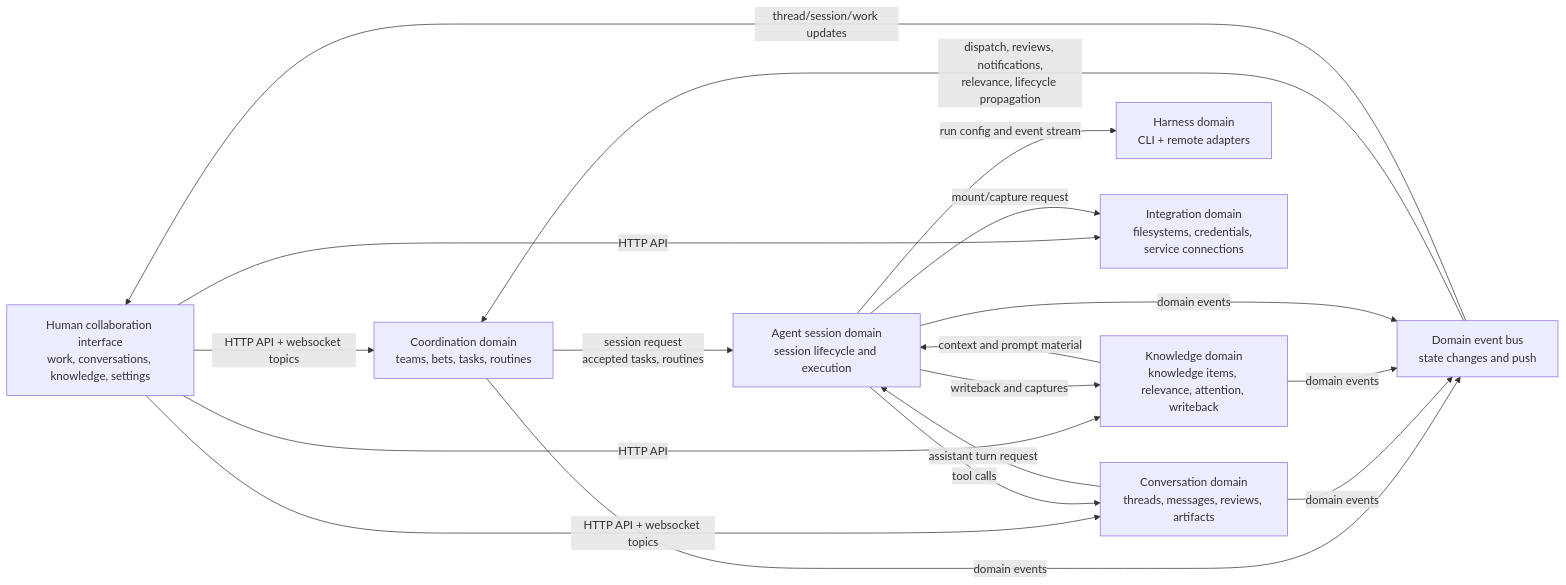
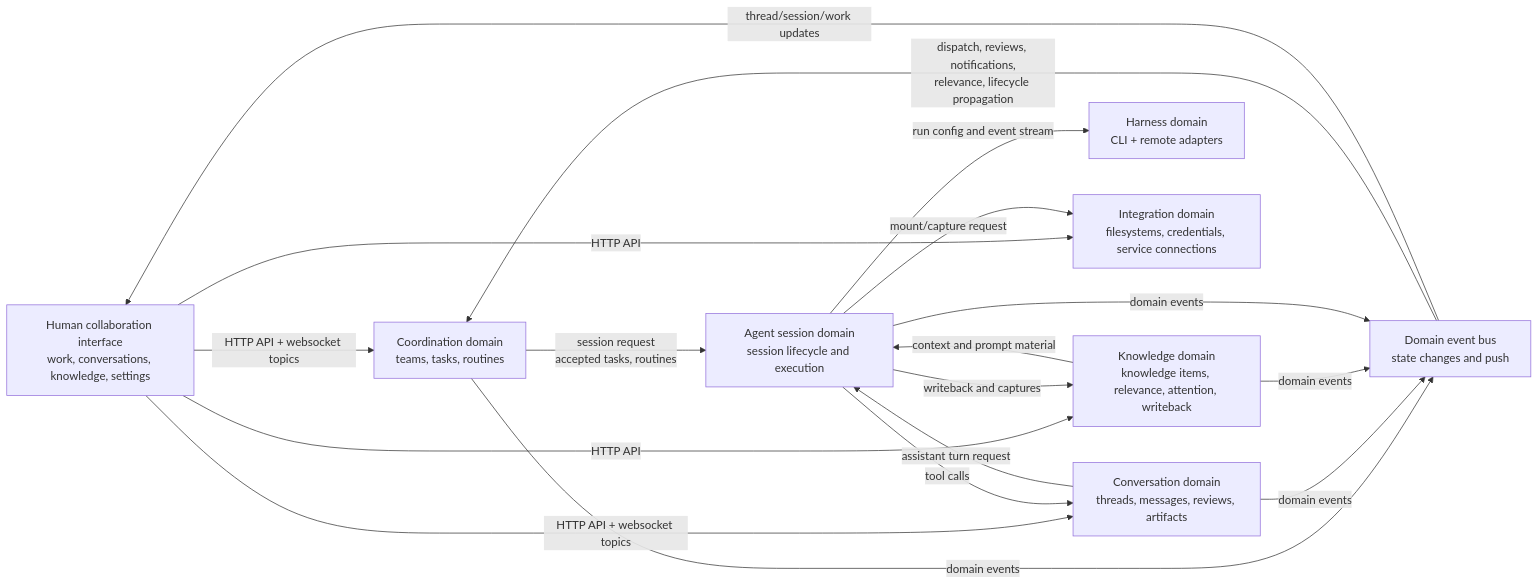
The first of 12 diagrams in docs/architecture/as-implemented-domain-architecture.md (idle-builders/hyperidle), drawn with Mermaid before and after one commit. The commit also changed other lines of this file and 542 other files, not shown here.

````diff
--- a/docs/architecture/as-implemented-domain-architecture.md
+++ b/docs/architecture/as-implemented-domain-architecture.md
@@ -7,31 +7,31 @@
 ```mermaid
 flowchart LR
   Interface["Human collaboration interface\nwork, conversations, knowledge, settings"]
-  Coordination["Coordination domain\nteams, bets, tasks, routines"]
+  Coordination["Coordination domain\nteams, tasks, routines"]
   Conversation["Conversation domain\nthreads, messages, reviews, artifacts"]
   Knowledge["Knowledge domain\nknowledge items, relevance, attention, writeback"]
   Session["Agent session domain\nsession lifecycle and execution"]
   Harness["Harness domain\nCLI + remote adapters"]
   Integration["Integration domain\nfilesystems, credentials, service connections"]
   Eventing["Domain event bus\nstate changes and push"]
 
   Interface -- "HTTP API + websocket topics" --> Coordination
   Interface -- "HTTP API + websocket topics" --> Conversation
   Interface -- "HTTP API" --> Knowledge
   Interface -- "HTTP API" --> Integration
 
   Coordination -- "session request\naccepted tasks, routines" --> Session
   Conversation -- "assistant turn request" --> Session
   Knowledge -- "context and prompt material" --> Session
   Session -- "run config and event stream" --> Harness
   Session -- "tool calls" --> Conversation
   Session -- "writeback and captures" --> Knowledge
   Session -- "mount/capture request" --> Integration
 
   Coordination -- "domain events" --> Eventing
   Conversation -- "domain events" --> Eventing
   Knowledge -- "domain events" --> Eventing
   Session -- "domain events" --> Eventing
   Eventing -- "dispatch, reviews, notifications,\nrelevance, lifecycle propagation" --> Coordination
   Eventing -- "thread/session/work updates" --> Interface
 ```
````
